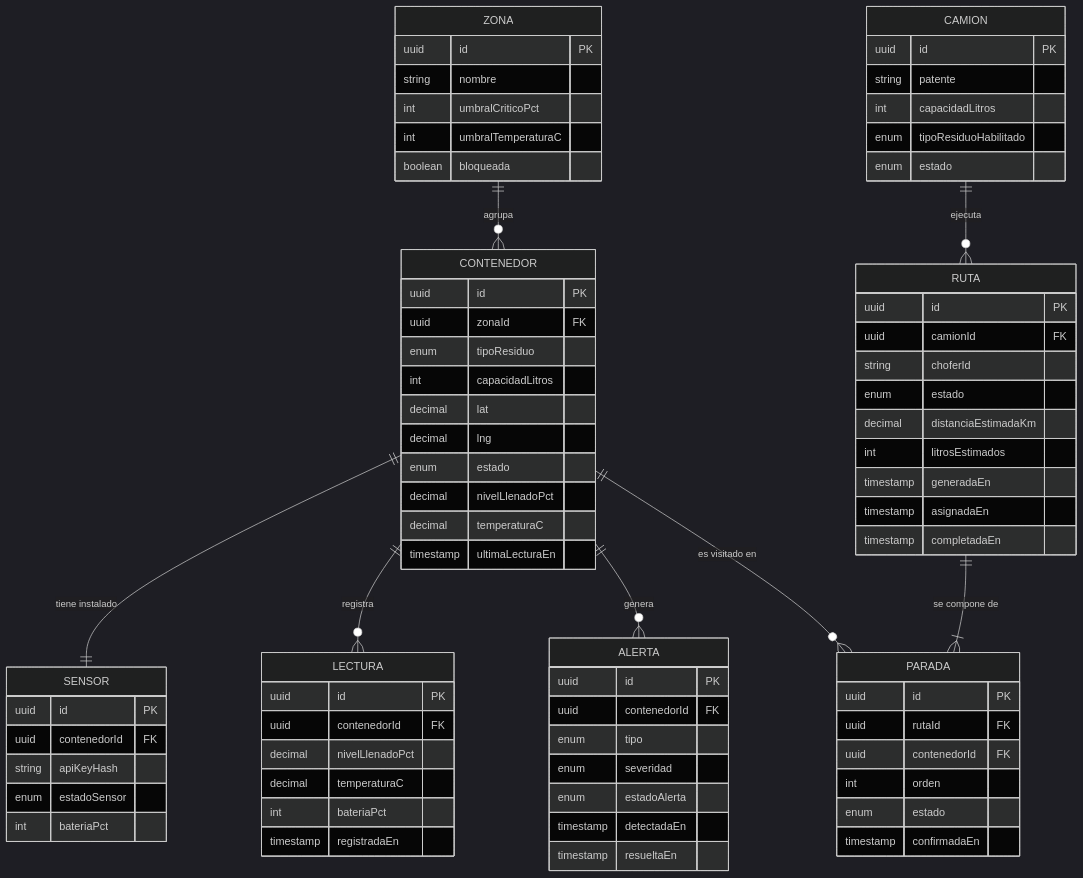
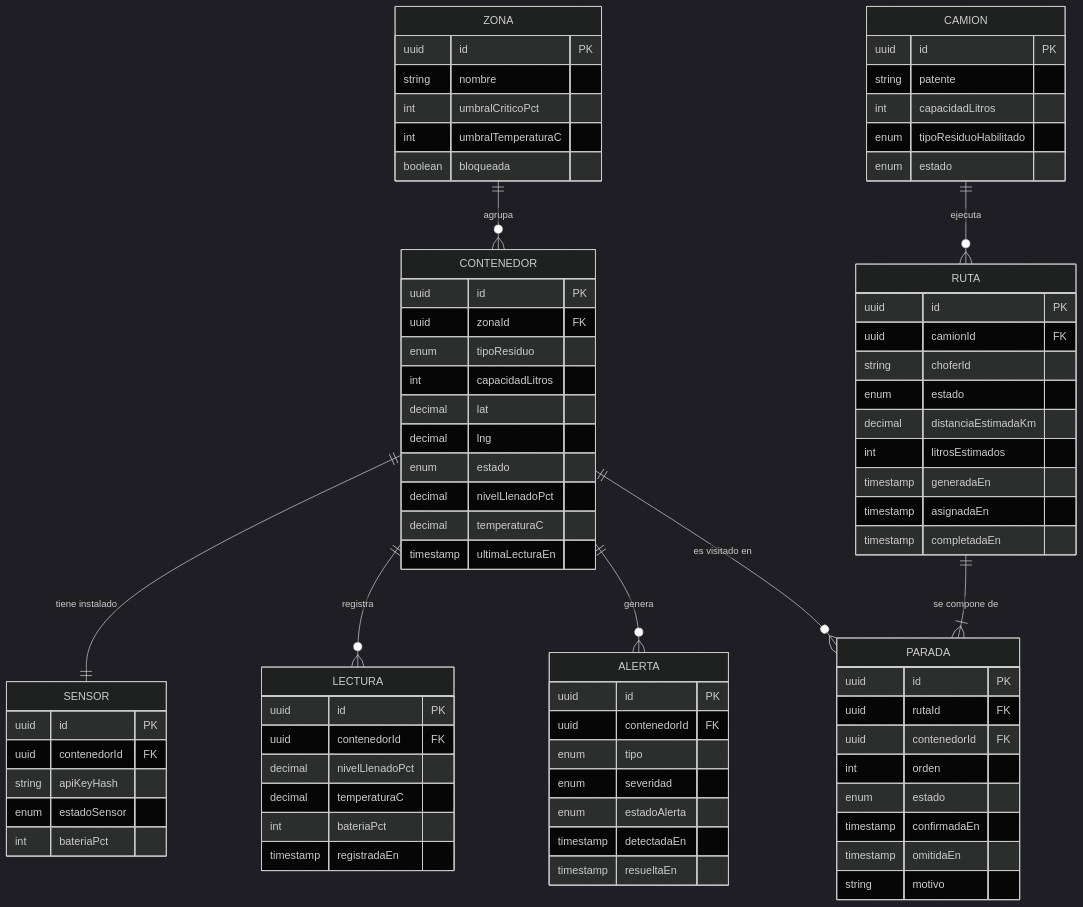
Before and after one commit to ResiduosCityPass/citypass-residuos: the diagram in docs/arquitectura/modelo-de-datos.md, drawn with Mermaid (dark theme). The commit also changed 23 other files, not shown here.

````diff
--- a/docs/arquitectura/modelo-de-datos.md
+++ b/docs/arquitectura/modelo-de-datos.md
@@ -7,80 +7,82 @@
 ```mermaid
 erDiagram
     ZONA ||--o{ CONTENEDOR : agrupa
     CONTENEDOR ||--|| SENSOR : "tiene instalado"
     CONTENEDOR ||--o{ LECTURA : registra
     CONTENEDOR ||--o{ ALERTA : genera
     CONTENEDOR ||--o{ PARADA : "es visitado en"
     CAMION ||--o{ RUTA : ejecuta
     RUTA ||--|{ PARADA : "se compone de"
 
     ZONA {
         uuid id PK
         string nombre
         int umbralCriticoPct
         int umbralTemperaturaC
         boolean bloqueada
     }
     CONTENEDOR {
         uuid id PK
         uuid zonaId FK
         enum tipoResiduo
         int capacidadLitros
         decimal lat
         decimal lng
         enum estado
         decimal nivelLlenadoPct
         decimal temperaturaC
         timestamp ultimaLecturaEn
     }
     SENSOR {
         uuid id PK
         uuid contenedorId FK
         string apiKeyHash
         enum estadoSensor
         int bateriaPct
     }
     LECTURA {
         uuid id PK
         uuid contenedorId FK
         decimal nivelLlenadoPct
         decimal temperaturaC
         int bateriaPct
         timestamp registradaEn
     }
     ALERTA {
         uuid id PK
         uuid contenedorId FK
         enum tipo
         enum severidad
         enum estadoAlerta
         timestamp detectadaEn
         timestamp resueltaEn
     }
     CAMION {
         uuid id PK
         string patente
         int capacidadLitros
         enum tipoResiduoHabilitado
         enum estado
     }
     RUTA {
         uuid id PK
         uuid camionId FK
         string choferId
         enum estado
         decimal distanciaEstimadaKm
         int litrosEstimados
         timestamp generadaEn
         timestamp asignadaEn
         timestamp completadaEn
     }
     PARADA {
         uuid id PK
         uuid rutaId FK
         uuid contenedorId FK
         int orden
         enum estado
         timestamp confirmadaEn
+        timestamp omitidaEn
+        string motivo
     }
 ```
````
